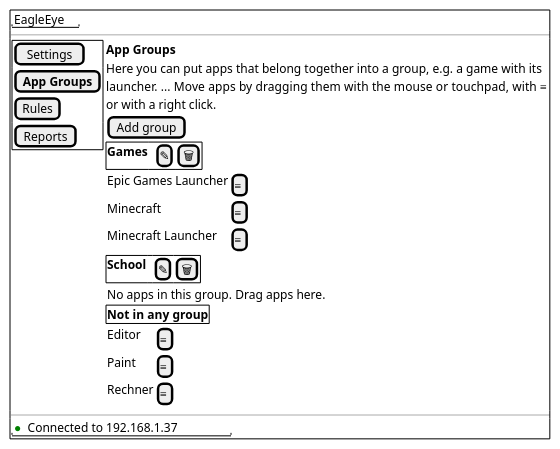
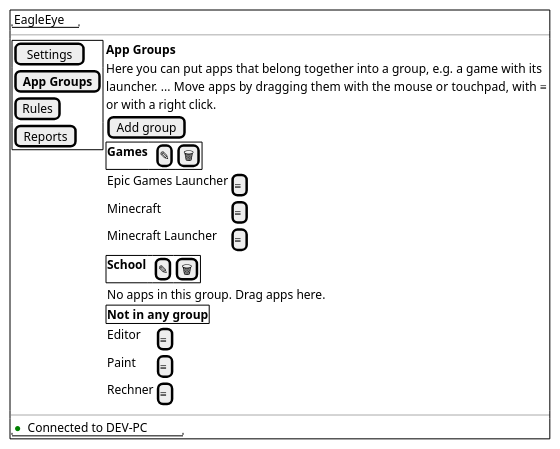
One commit to adlemich/EagleEye changed the first of 2 diagrams in 02_Implementation/docs/requirements/user-stories/US-009/user-story.md. Above: the diagram before and after it, drawn with PlantUML. The commit also changed other lines of this file and 220 other files, not shown here.

````diff
--- a/02_Implementation/docs/requirements/user-stories/US-009/user-story.md
+++ b/02_Implementation/docs/requirements/user-stories/US-009/user-story.md
@@ -189,41 +189,41 @@
 ```plantuml
 @startsalt
 {+
   "EagleEye"
   ---
   {
     {+
       [Settings]
       [<b>App Groups]
       [Rules]
       [Reports]
     } |
     {
       <b>App Groups
       Here you can put apps that belong together into a group, e.g. a game with its
       launcher. ... Move apps by dragging them with the mouse or touchpad, with ≡
       or with a right click.
       [Add group]
       {+ <b>Games | . | [✎] | [🗑] }
       {
         Epic Games Launcher | [≡]
         Minecraft | [≡]
         Minecraft Launcher | [≡]
       }
       {+ <b>School | . | [✎] | [🗑] }
       {
         No apps in this group. Drag apps here.
       }
       {+ <b>Not in any group }
       {
         Editor | [≡]
         Paint | [≡]
         Rechner | [≡]
       }
     }
   }
   ---
-  "<color:green>●</color> Connected to 192.168.1.37"
+  "<color:green>●</color> Connected to DEV-PC"
 }
 @endsalt
 ```
````
